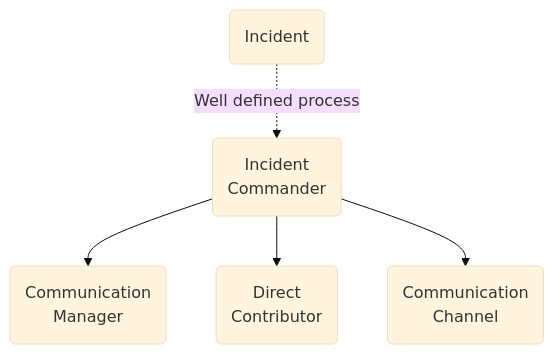
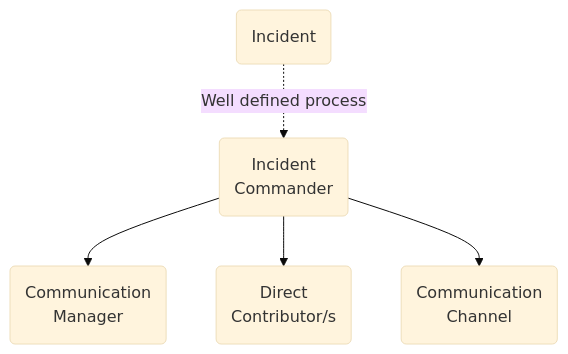
One commit to wojciech11/se_cloud_app_administration_and_development changed the diagram in 05_slides/README.md. Above: the diagram before and after it, drawn with Mermaid (base theme). The commit also changed other lines of this file, not shown here.

````diff
--- a/05_slides/README.md
+++ b/05_slides/README.md
@@ -11,7 +11,7 @@
 ```mermaid
 flowchart
   I(Incident) -. Well defined process .->l
   l(Incident\nCommander) --> H(Communication\n Manager)
-  l --> D(Direct\nContributor)
+  l --> D(Direct\nContributor/s)
   l --> C(Communication\nChannel)
 ```
````
